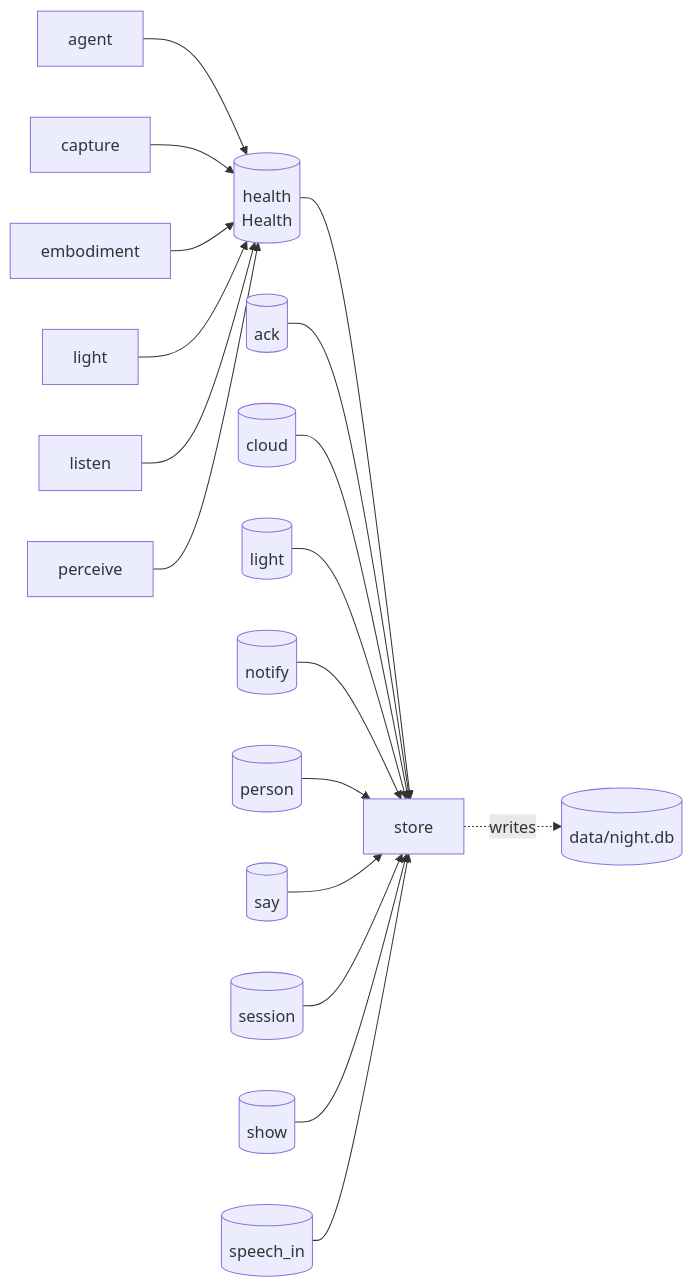
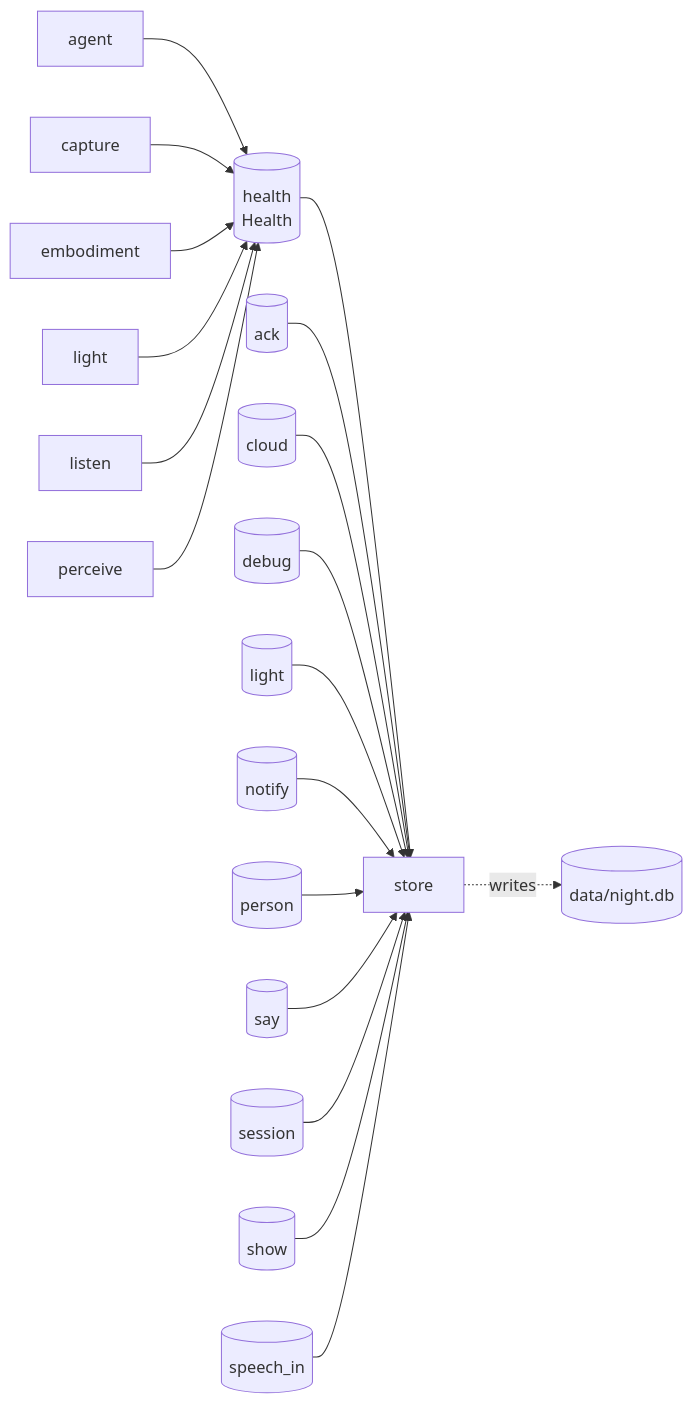
The second of 2 diagrams in ARCHITECTURE.md (Afrovis/ai-agent-dementia), drawn with Mermaid before and after one commit. The commit also changed other lines of this file and 1 other file, not shown here.

First line of the commit message:
docs: debug controls in CLAUDE.md, regenerate ARCHITECTURE.md

````diff
--- a/ARCHITECTURE.md
+++ b/ARCHITECTURE.md
@@ -131,23 +139,24 @@
 ```mermaid
 flowchart LR
   q_health[("health<br/>Health")]
   s_store["store"]
   sqlite[("data/night.db")]
   s_agent["agent"] --> q_health
   s_capture["capture"] --> q_health
   s_embodiment["embodiment"] --> q_health
   s_light["light"] --> q_health
   s_listen["listen"] --> q_health
   s_perceive["perceive"] --> q_health
   q_health --> s_store
   q_p_ack[("ack")] --> s_store
   q_p_cloud[("cloud")] --> s_store
+  q_p_debug[("debug")] --> s_store
   q_p_light[("light")] --> s_store
   q_p_notify[("notify")] --> s_store
   q_p_person[("person")] --> s_store
   q_p_say[("say")] --> s_store
   q_p_session[("session")] --> s_store
   q_p_show[("show")] --> s_store
   q_p_speech_in[("speech_in")] --> s_store
   s_store -.->|"writes"| sqlite
 ```
````
